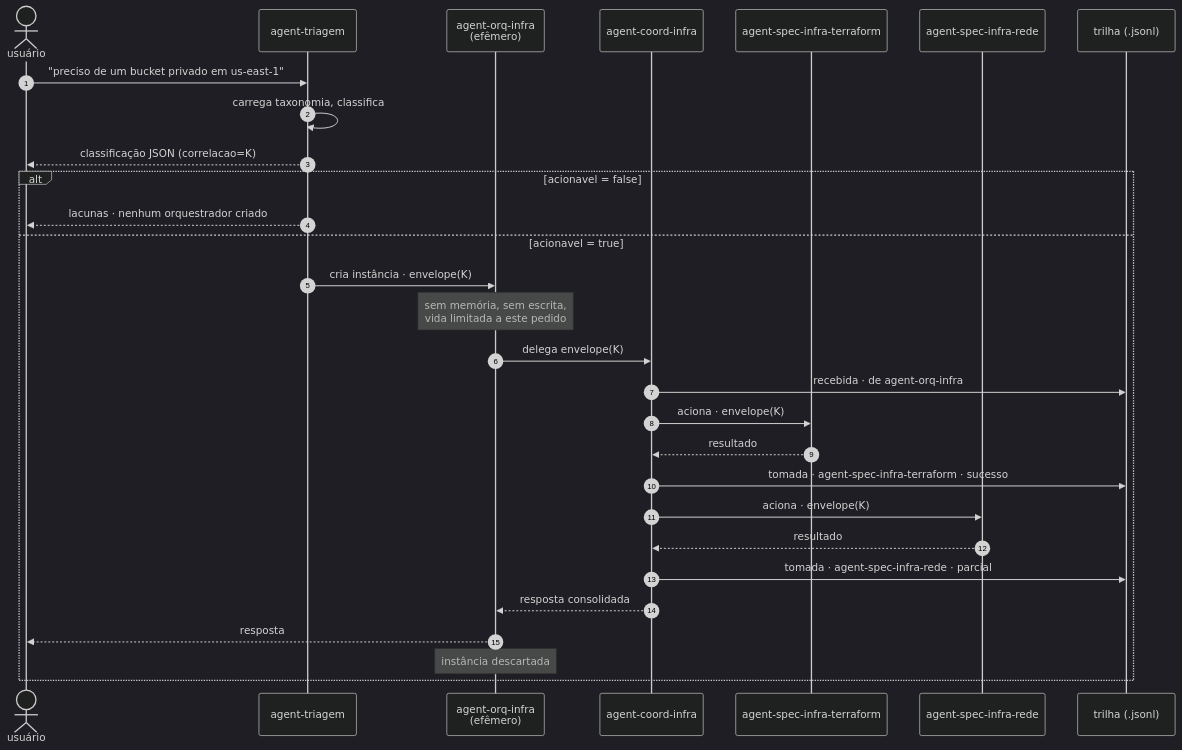
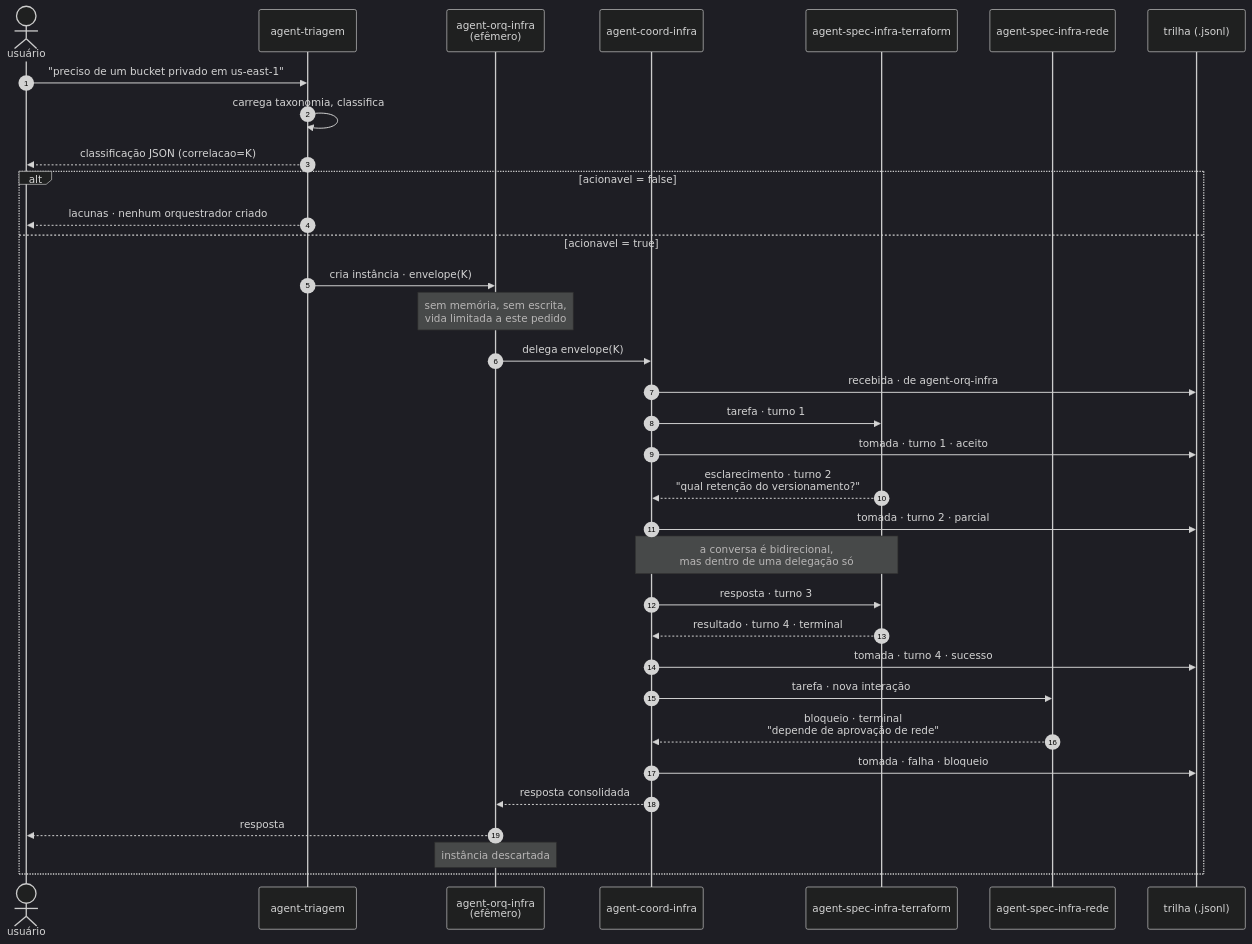
One commit to 0xHackerSpace/squadAgents changed the fourth of 4 diagrams in docs/SDD.md. Above: the diagram before and after it, drawn with Mermaid (dark theme). The commit also changed other lines of this file and 2 other files, not shown here.

````diff
--- a/docs/SDD.md
+++ b/docs/SDD.md
@@ -316,33 +468,38 @@
 ```mermaid
 sequenceDiagram
     autonumber
     actor U as usuário
     participant T as agent-triagem
     participant O as agent-orq-infra<br/>(efêmero)
     participant C as agent-coord-infra
     participant E1 as agent-spec-infra-terraform
     participant E2 as agent-spec-infra-rede
     participant L as trilha (.jsonl)
 
     U->>T: "preciso de um bucket privado em us-east-1"
     T->>T: carrega taxonomia, classifica
     T-->>U: classificação JSON (correlacao=K)
 
     alt acionavel = false
         T-->>U: lacunas · nenhum orquestrador criado
     else acionavel = true
         T->>O: cria instância · envelope(K)
         Note over O: sem memória, sem escrita,<br/>vida limitada a este pedido
         O->>C: delega envelope(K)
         C->>L: recebida · de agent-orq-infra
-        C->>E1: aciona · envelope(K)
-        E1-->>C: resultado
-        C->>L: tomada · agent-spec-infra-terraform · sucesso
-        C->>E2: aciona · envelope(K)
-        E2-->>C: resultado
-        C->>L: tomada · agent-spec-infra-rede · parcial
+        C->>E1: tarefa · turno 1
+        C->>L: tomada · turno 1 · aceito
+        E1-->>C: esclarecimento · turno 2<br/>"qual retenção do versionamento?"
+        C->>L: tomada · turno 2 · parcial
+        Note over C,E1: a conversa é bidirecional,<br/>mas dentro de uma delegação só
+        C->>E1: resposta · turno 3
+        E1-->>C: resultado · turno 4 · terminal
+        C->>L: tomada · turno 4 · sucesso
+        C->>E2: tarefa · nova interação
+        E2-->>C: bloqueio · terminal<br/>"depende de aprovação de rede"
+        C->>L: tomada · falha · bloqueio
         C-->>O: resposta consolidada
         O-->>U: resposta
         Note over O: instância descartada
     end
 ```
````
